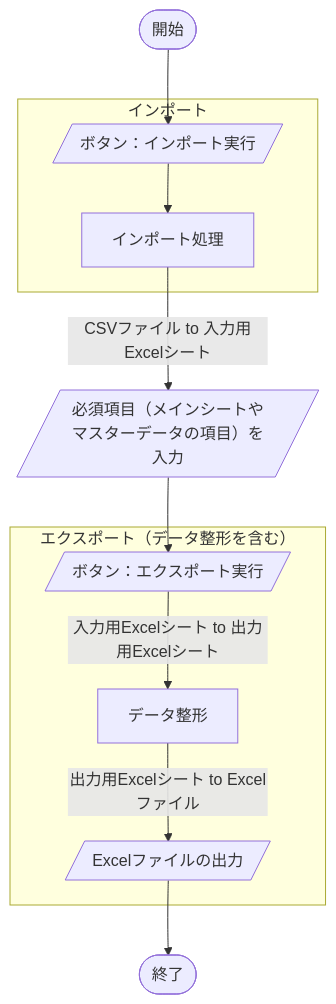
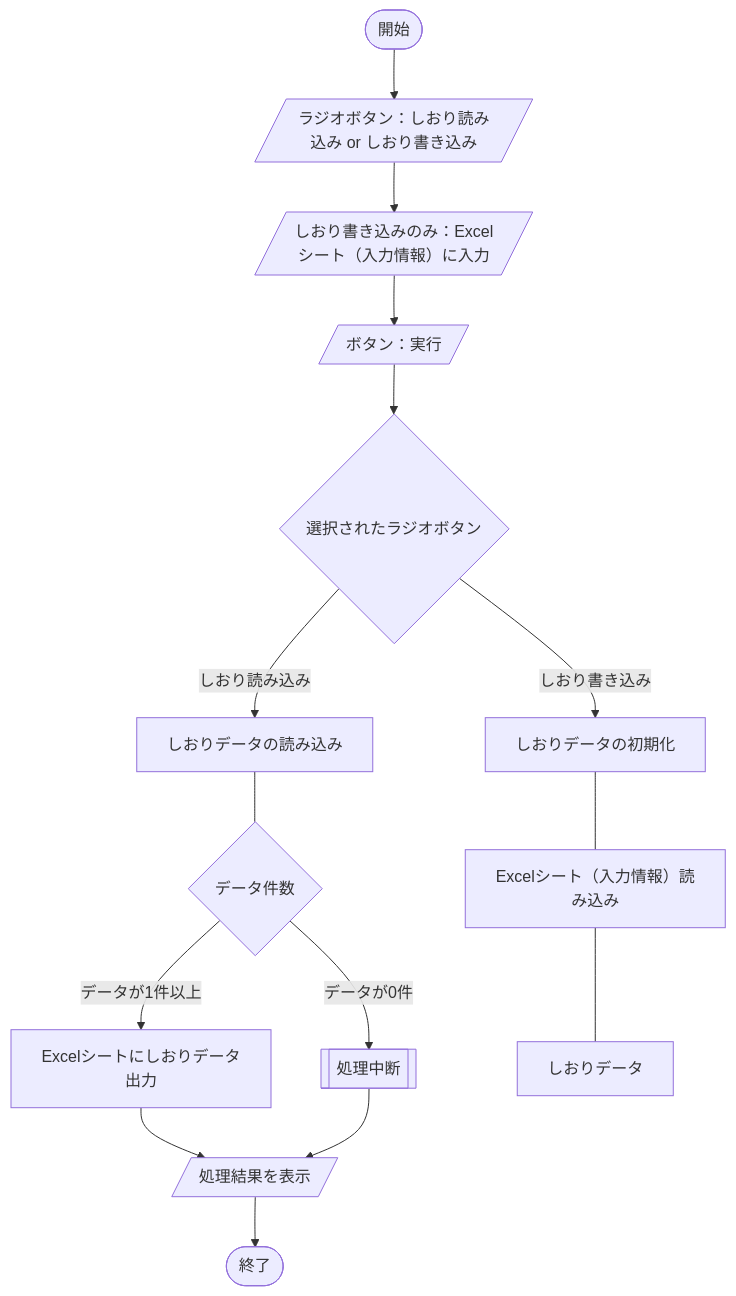
Before and after one commit to akiGAMEBOY/haretokidoki_zn: the diagram in articles/4fe3c9492bb0e2.md, drawn with Mermaid. The commit also changed other lines of this file, not shown here.

````diff
--- a/articles/4fe3c9492bb0e2.md
+++ b/articles/4fe3c9492bb0e2.md
@@ -47,14 +54,19 @@
 ```mermaid
 flowchart TB
-    A(["開始"]) --> B[/"ボタン：インポート実行"/]
-    subgraph "インポート"
-    B --> C["インポート処理"]
-    end
-    C -->|"CSVファイル to 入力用Excelシート"| D[/"必須項目（メインシートやマスターデータの項目）を入力"/]
-    D --> E[/"ボタン：エクスポート実行"/]
-    subgraph "エクスポート（データ整形を含む）"
-    E --> |"入力用Excelシート to 出力用Excelシート"| F["データ整形"]
-    F --> |"出力用Excelシート to Excelファイル"| G[/"Excelファイルの出力"/]
-    end
-    G --> H(["終了"])
+    A(["開始"]) --> B[/"ラジオボタン：しおり読み込み or しおり書き込み"/]
+    B --> C[/"しおり書き込みのみ：Excelシート（入力情報）に入力"/]
+    C --> D[/"ボタン：実行"/]
+    D --> F{"選択されたラジオボタン"}
+
+    F --> |"しおり読み込み"| G["しおりデータの読み込み"]
+    G --- H{"データ件数"}
+    H --> |"データが1件以上"| I["Excelシートにしおりデータ出力"]
+    I -->  O[/"処理結果を表示"/]
+    H --> |"データが0件"| J[["処理中断"]]
+
+    F --> |"しおり書き込み"| K["しおりデータの初期化"]
+    K --- L["Excelシート（入力情報）読み込み"]
+    L --- M["しおりデータ"]
+    J -->  O[/"処理結果を表示"/]
+    O --> P(["終了"])
 ```
````
